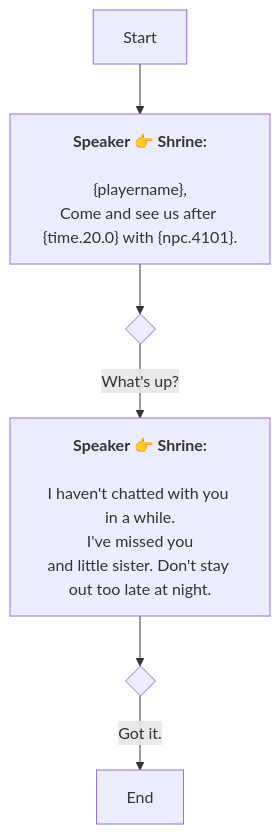
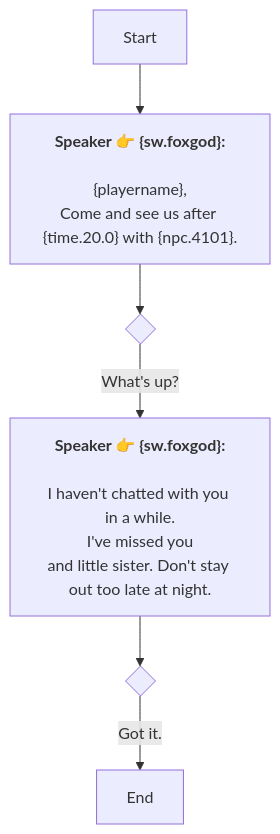
Before and after one commit to SoftHu/tos_avg: the diagram in En/QuestStartTalkENode_1752071614967192.md, drawn with Mermaid. The commit also changed 297 other files, not shown here.

````diff
--- a/En/QuestStartTalkENode_1752071614967192.md
+++ b/En/QuestStartTalkENode_1752071614967192.md
@@ -1,16 +1,16 @@
 ```mermaid
 graph
-Start -->1752071650396571[<b>Speaker 👉 Shrine:</b>
+Start -->1752071650396571[<b>Speaker 👉 &lbrace;sw.foxgod&rbrace;:</b>
 
 &lbrace;playername&rbrace;,
 Come and see us after &lbrace;time.20.0&rbrace; with &lbrace;npc.4101&rbrace;.]
 1752071650396571 -->1752071875659164{ }
-1752071875659164 -->|What's up?|1752071892001183[<b>Speaker 👉 Shrine:</b>
+1752071875659164 -->|What's up?|1752071892001183[<b>Speaker 👉 &lbrace;sw.foxgod&rbrace;:</b>
 
 I haven't chatted with you in a while.
 I've missed you
 and little sister. Don't stay out too late at night.]
 1752071892001183 -->1752071931245984{ }
 1752071931245984 -->|Got it.|1752071937910179[End]
 
  ```
````
